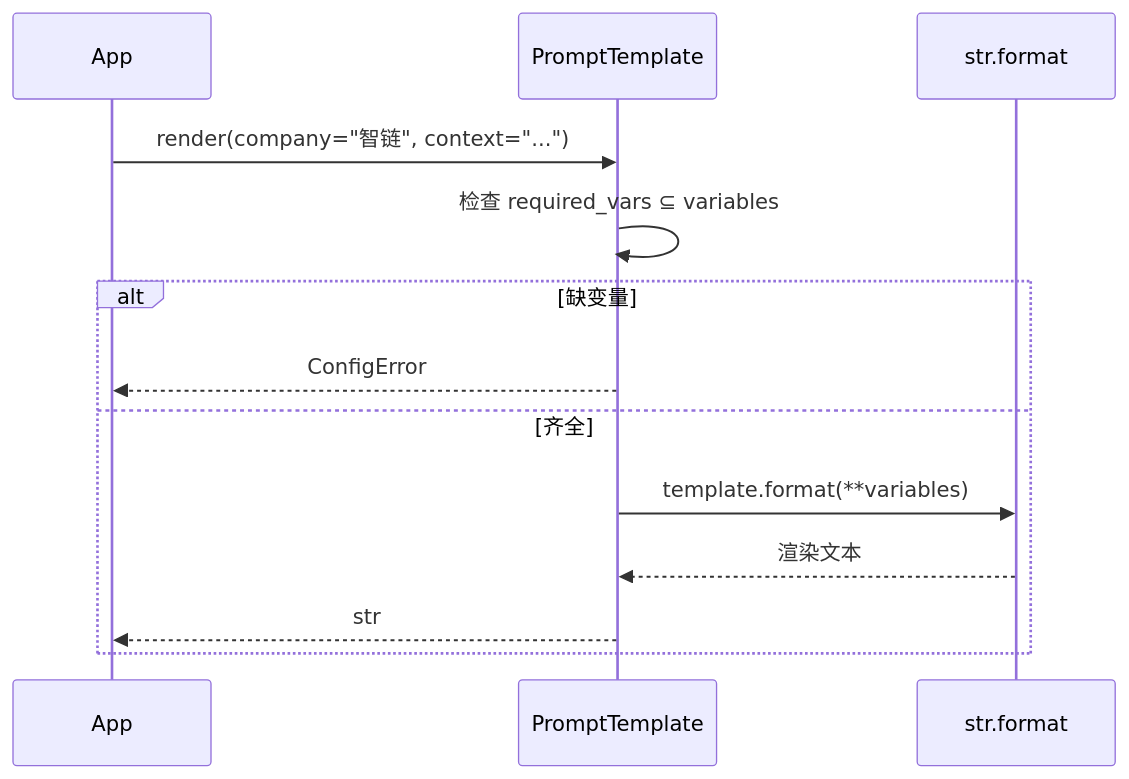
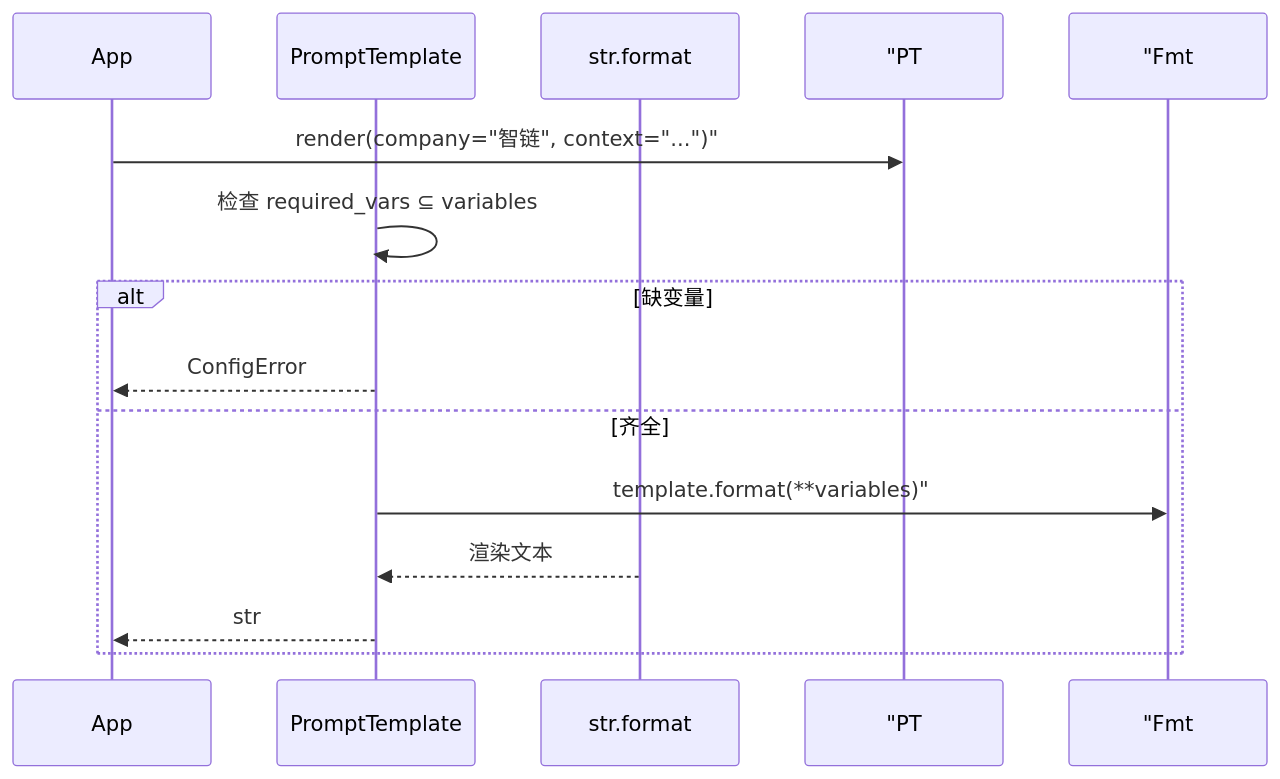
The second of 4 diagrams in course/day17/03_架构设计.md (ab6539763/70_days_course_plus), drawn with Mermaid before and after one commit. The commit also changed other lines of this file and 134 other files, not shown here.

````diff
--- a/course/day17/03_架构设计.md
+++ b/course/day17/03_架构设计.md
@@ -58,16 +58,16 @@
 ```mermaid
 sequenceDiagram
     participant App
     participant PT as PromptTemplate
     participant Fmt as str.format
 
-    App->>PT: render(company="智链", context="...")
+    App->> "PT: render(company="智链", context="...")"
     PT->>PT: 检查 required_vars ⊆ variables
     alt 缺变量
         PT-->>App: ConfigError
     else 齐全
-        PT->>Fmt: template.format(**variables)
+        PT->> "Fmt: template.format(**variables)"
         Fmt-->>PT: 渲染文本
         PT-->>App: str
     end
 ```
````
